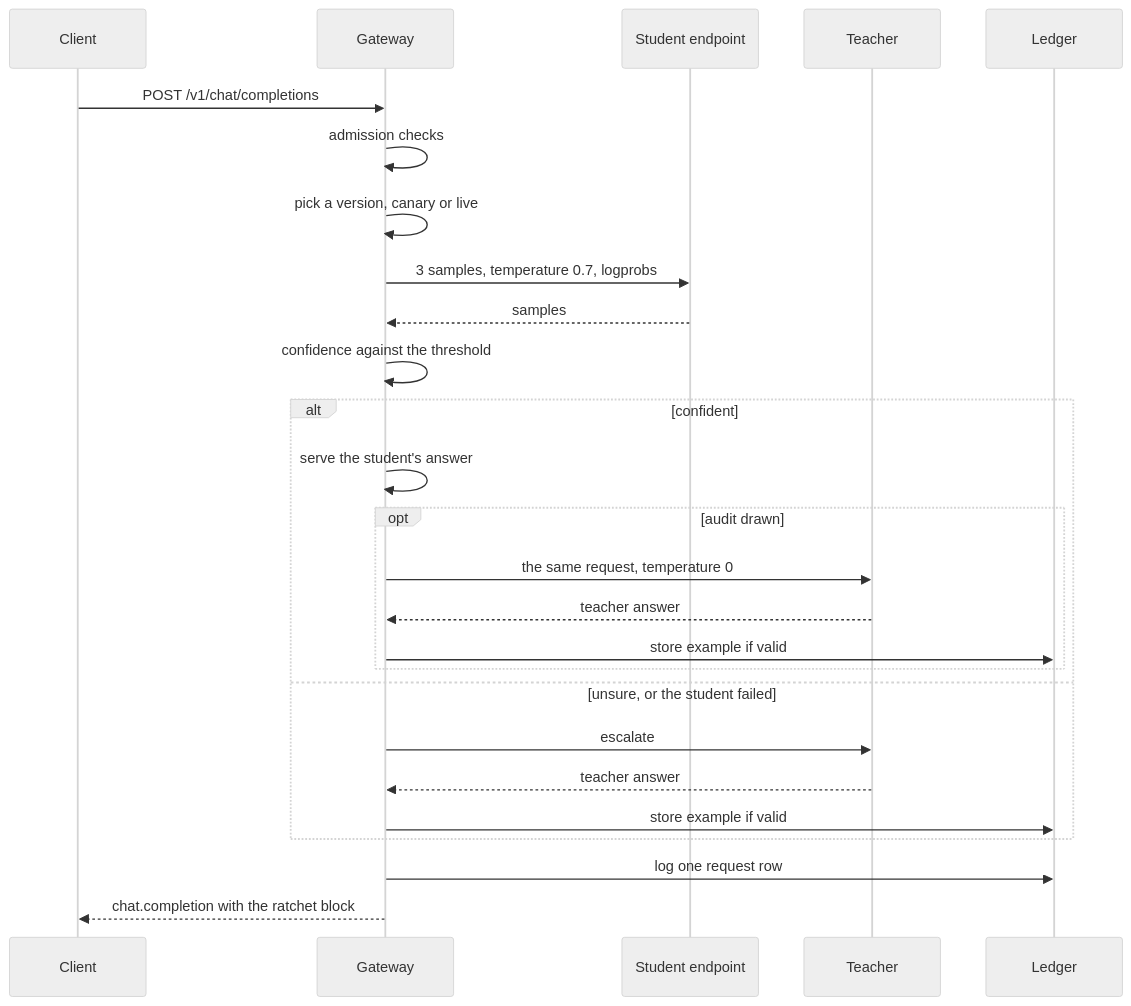
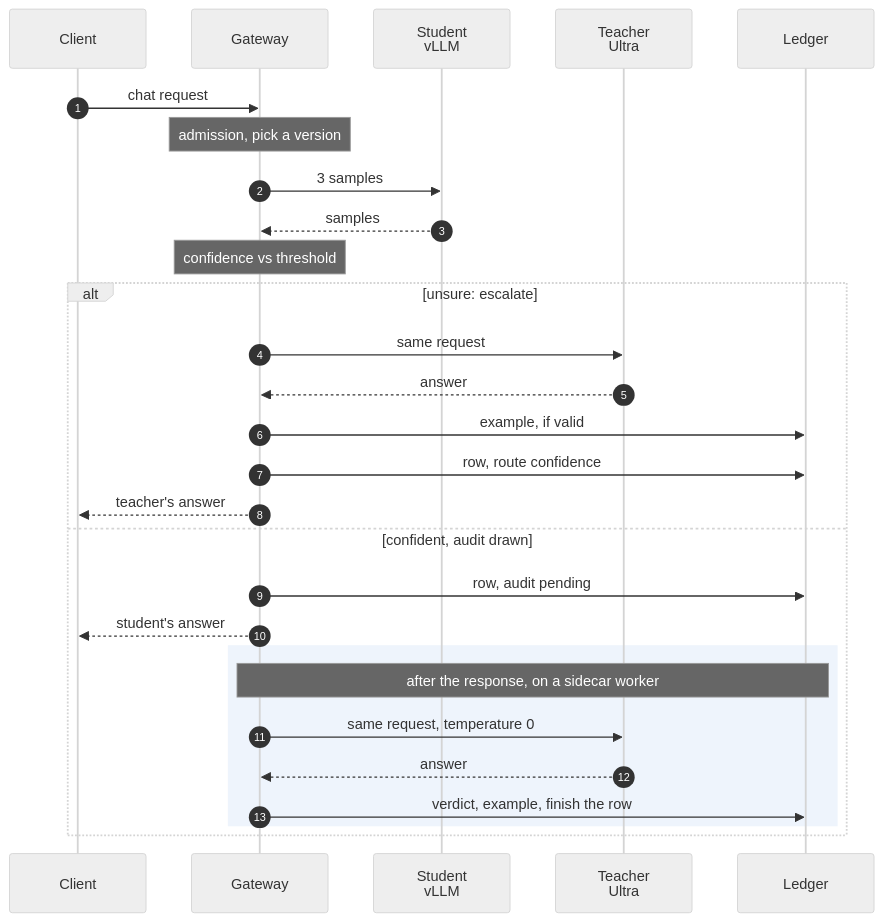
The second of 3 diagrams in docs-site/src/content/docs/guides/request-journey.mdx (harshbhx/ratchet), drawn with Mermaid (neutral theme) before and after one commit. The commit also changed other lines of this file and 100 other files, not shown here.

First line of the commit message:
Docs v2: new design, Mermaid diagrams, React Bits components, text-to-SQL pages, fresh reference (#14)

````diff
--- a/docs-site/src/content/docs/guides/request-journey.mdx
+++ b/docs-site/src/content/docs/guides/request-journey.mdx
@@ -32,28 +81,30 @@
 ```mermaid
 sequenceDiagram
-    participant C as Client
-    participant G as Gateway
-    participant S as Student endpoint
-    participant T as Teacher
-    participant L as Ledger
-    C->>G: POST /v1/chat/completions
-    G->>G: admission checks
-    G->>G: pick a version, canary or live
-    G->>S: 3 samples, temperature 0.7, logprobs
-    S-->>G: samples
-    G->>G: confidence against the threshold
-    alt confident
-        G->>G: serve the student's answer
-        opt audit drawn
-            G->>T: the same request, temperature 0
-            T-->>G: teacher answer
-            G->>L: store example if valid
-        end
-    else unsure, or the student failed
-        G->>T: escalate
-        T-->>G: teacher answer
-        G->>L: store example if valid
+  autonumber
+  participant Client
+  participant Gateway
+  participant Student as Student<br/>vLLM
+  participant Teacher as Teacher<br/>Ultra
+  participant Ledger
+  Client->>Gateway: chat request
+  Note over Gateway: admission, pick a version
+  Gateway->>Student: 3 samples
+  Student-->>Gateway: samples
+  Note over Gateway: confidence vs threshold
+  alt unsure: escalate
+    Gateway->>Teacher: same request
+    Teacher-->>Gateway: answer
+    Gateway->>Ledger: example, if valid
+    Gateway->>Ledger: row, route confidence
+    Gateway-->>Client: teacher's answer
+  else confident, audit drawn
+    Gateway->>Ledger: row, audit pending
+    Gateway-->>Client: student's answer
+    rect rgba(42, 120, 214, 0.08)
+      Note over Gateway,Ledger: after the response, on a sidecar worker
+      Gateway->>Teacher: same request, temperature 0
+      Teacher-->>Gateway: answer
+      Gateway->>Ledger: verdict, example, finish the row
     end
-    G->>L: log one request row
-    G-->>C: chat.completion with the ratchet block
+  end
 ```
````
